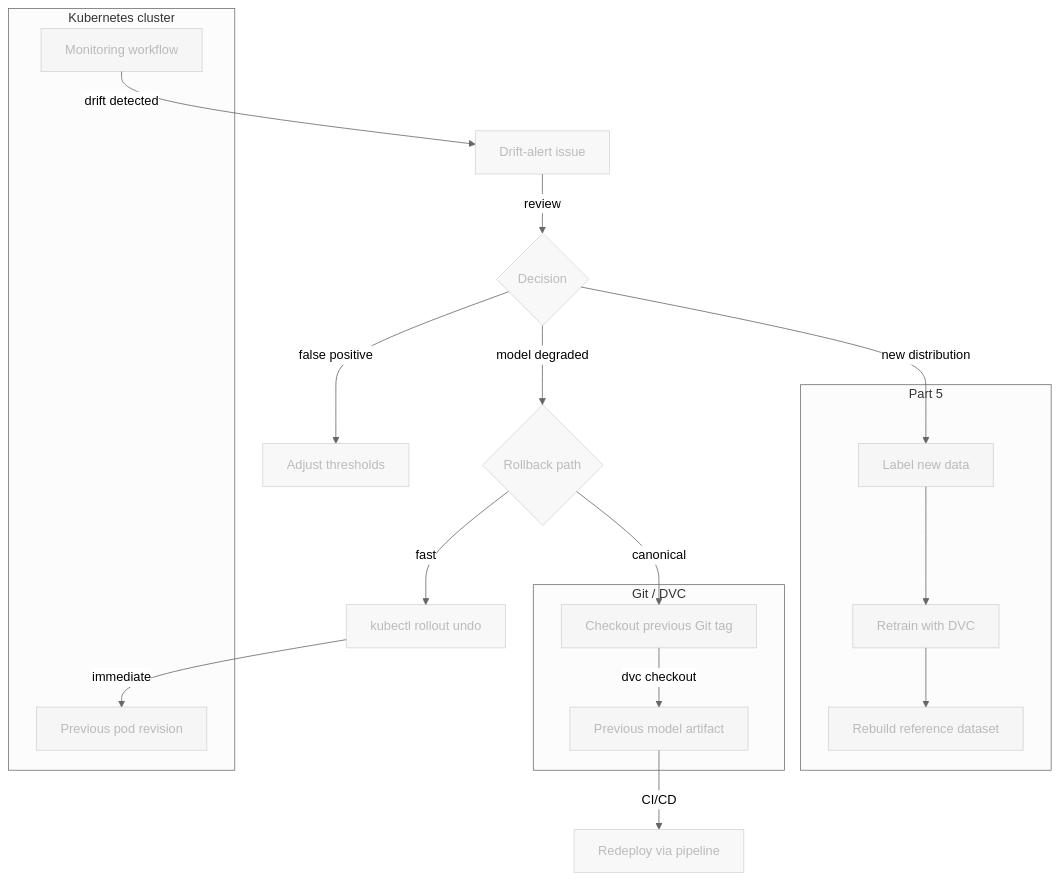
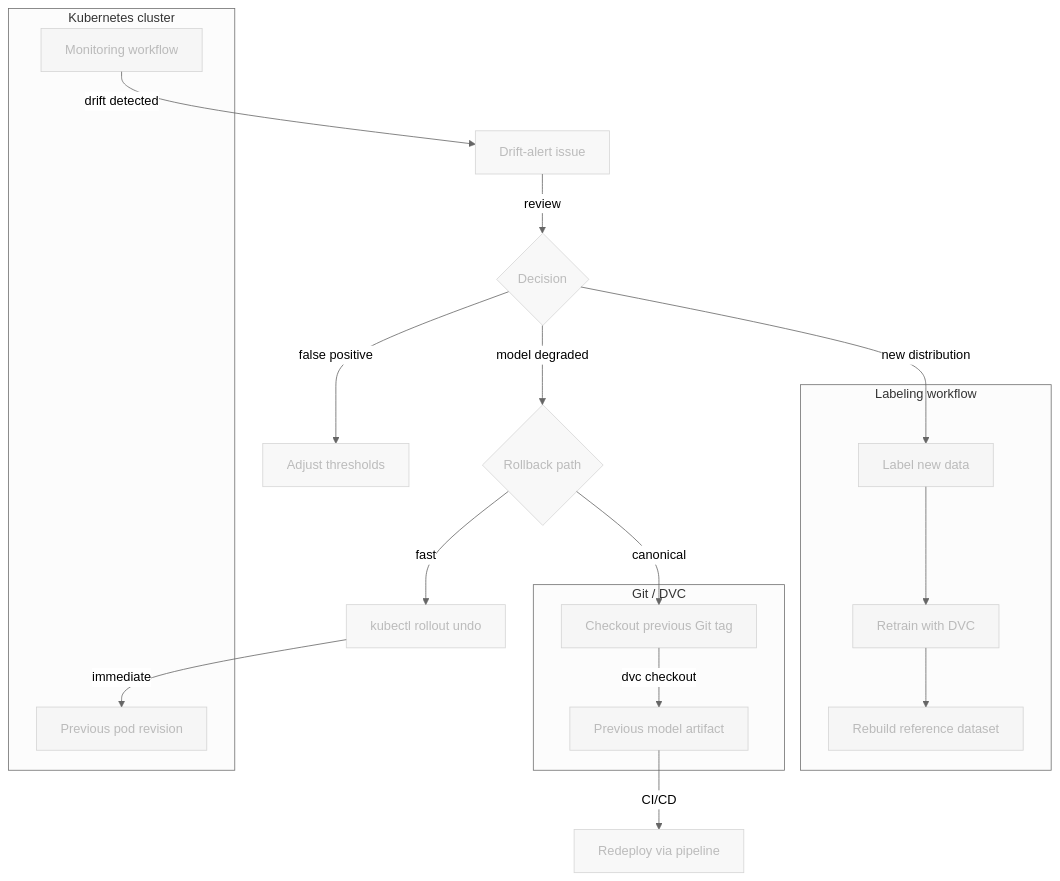
Before and after one commit to swiss-ai-center/a-guide-to-mlops: the diagram in docs/part-4-monitor-and-maintain/chapter-45-review-drift-alerts-and-decide-on-action.md, drawn with Mermaid (neutral theme). The commit also changed other lines of this file, not shown here.

````diff
--- a/docs/part-4-monitor-and-maintain/chapter-45-review-drift-alerts-and-decide-on-action.md
+++ b/docs/part-4-monitor-and-maintain/chapter-45-review-drift-alerts-and-decide-on-action.md
@@ -38,45 +38,45 @@
 ```mermaid
 flowchart TB
     monitor[Monitoring workflow] -->|drift detected| issue[Drift-alert issue]
     issue -->|review| decision{Decision}
     decision -->|false positive| tune[Adjust thresholds]
     decision -->|model degraded| rollback{Rollback path}
     rollback -->|fast| k8s_rollback[kubectl rollout undo]
     k8s_rollback -->|immediate| previous_deployment[Previous pod revision]
     rollback -->|canonical| git_rollback[Checkout previous Git tag]
     git_rollback -->|dvc checkout| old_model[Previous model artifact]
     old_model -->|CI/CD| redeploy[Redeploy via pipeline]
     decision -->|new distribution| label[Label new data]
     label --> retrain[Retrain with DVC]
     retrain --> new_reference[Rebuild reference dataset]
 
     subgraph clusterGraph[Kubernetes cluster]
         monitor
         previous_deployment
     end
 
     subgraph gitGraph[Git / DVC]
         git_rollback
         old_model
     end
 
-    subgraph labelGraph[Part 5]
+    subgraph labelGraph[Labeling workflow]
         label
         retrain
         new_reference
     end
 
     style monitor opacity:0.4,color:#7f7f7f80
     style issue opacity:0.4,color:#7f7f7f80
     style decision opacity:0.4,color:#7f7f7f80
     style tune opacity:0.4,color:#7f7f7f80
     style rollback opacity:0.4,color:#7f7f7f80
     style git_rollback opacity:0.4,color:#7f7f7f80
     style old_model opacity:0.4,color:#7f7f7f80
     style redeploy opacity:0.4,color:#7f7f7f80
     style k8s_rollback opacity:0.4,color:#7f7f7f80
     style previous_deployment opacity:0.4,color:#7f7f7f80
     style label opacity:0.4,color:#7f7f7f80
     style retrain opacity:0.4,color:#7f7f7f80
     style new_reference opacity:0.4,color:#7f7f7f80
 ```
````
